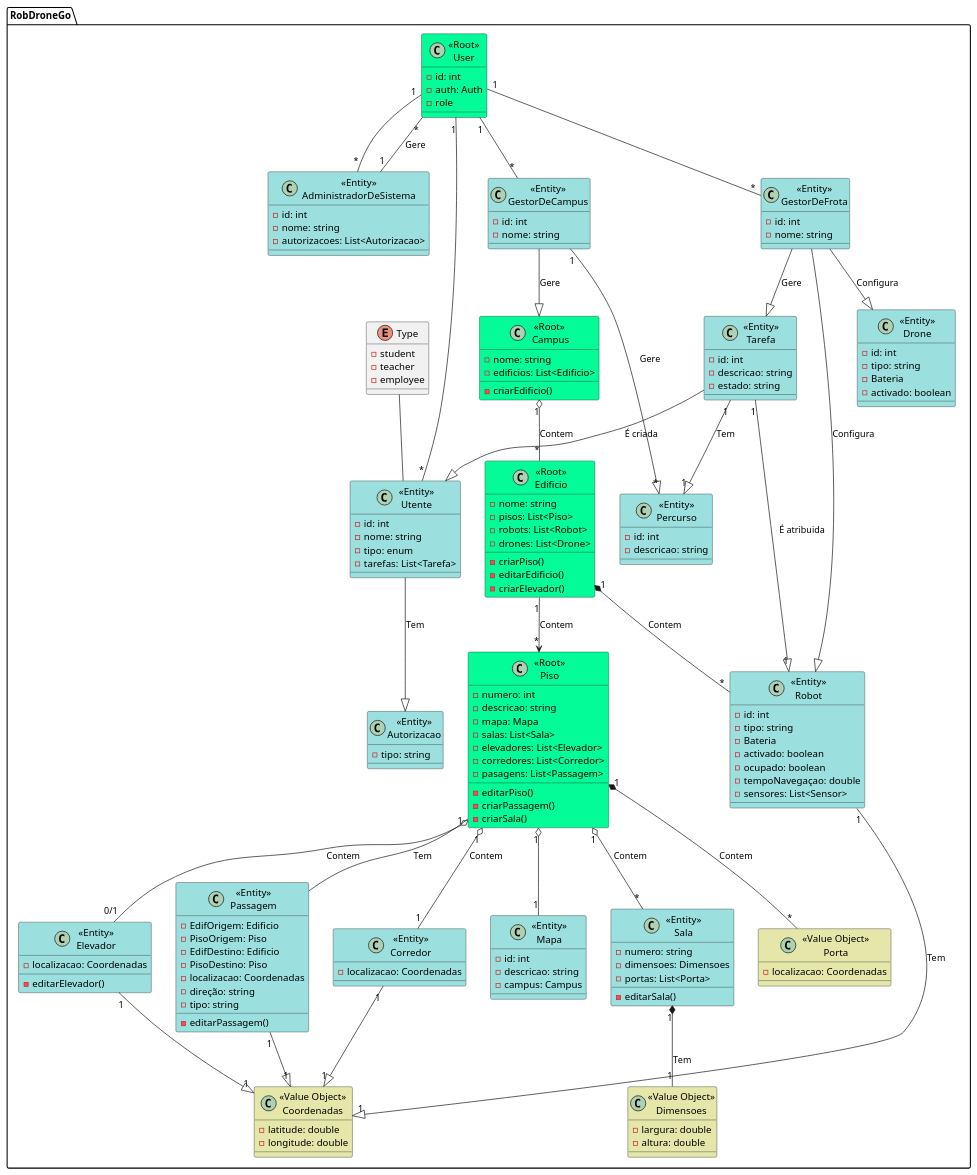
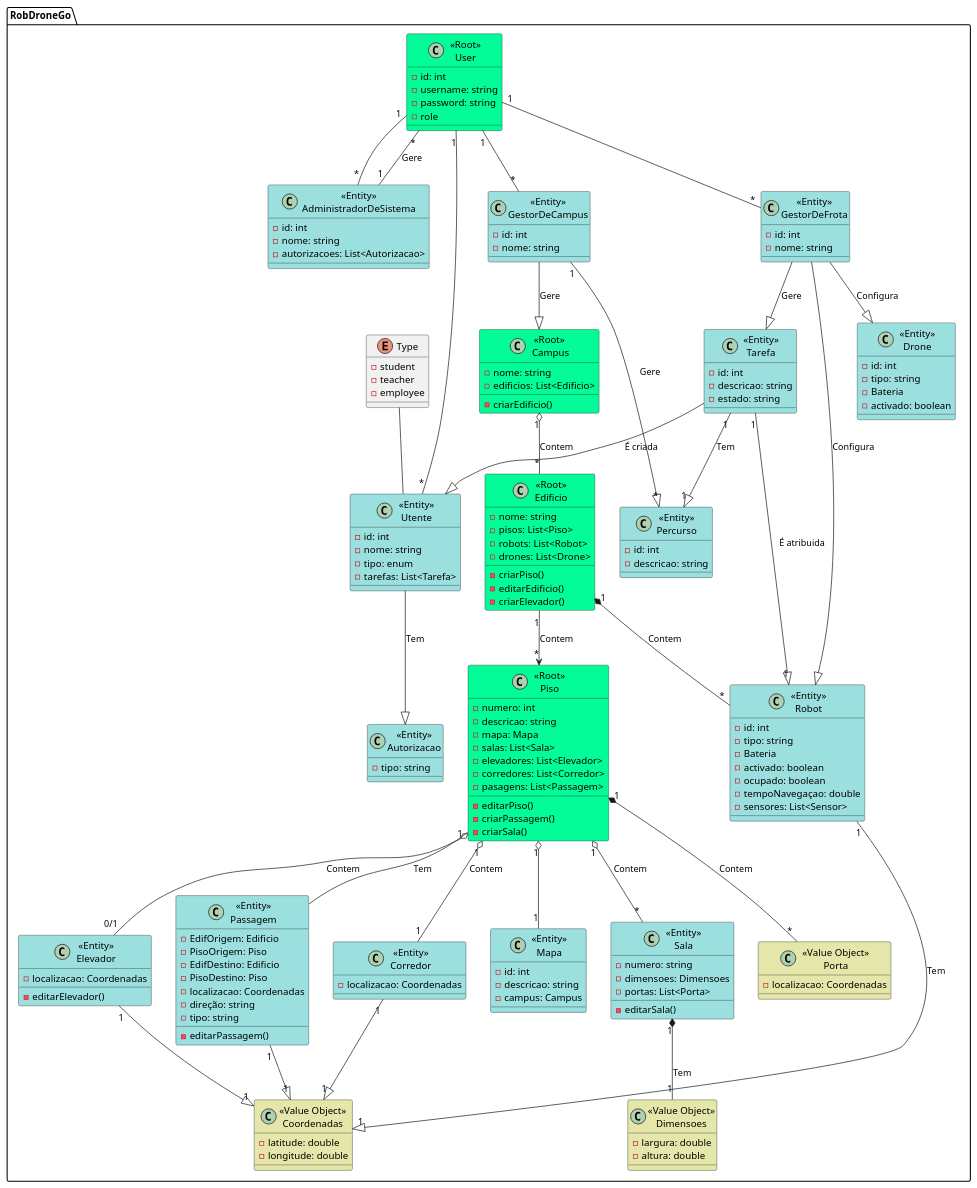
Before and after one commit to mascenso/isep-sem5-lapr5: the diagram in Wiki/Modelo Dominio/modeloDominio.puml, drawn with PlantUML.

Commit message:
[Sprint A][US760] Update ao modelo de dominio

```diff
--- a/Wiki/Modelo Dominio/modeloDominio.puml
+++ b/Wiki/Modelo Dominio/modeloDominio.puml
@@ -1,181 +1,182 @@
 @startuml RobDroneGo
 
 
 package "RobDroneGo" {
   class "<<Root>> \nCampus" as Campus #03fc98{
     - nome: string
     - edificios: List<Edificio>
     - criarEdificio()
   }
 
   class "<<Root>>\nEdificio" as Edificio #03fc98{
     - nome: string
     - pisos: List<Piso>
     - robots: List<Robot>
     - drones: List<Drone>
     - criarPiso()
     - editarEdificio()
     - criarElevador()
   }
 
   class "<<Root>>\nPiso" as Piso #03fc98{
     - numero: int
     - descricao: string
     - mapa: Mapa
     - salas: List<Sala>
     - elevadores: List<Elevador>
     - corredores: List<Corredor>
     - pasagens: List<Passagem>
     - editarPiso()
     - criarPassagem()
     - criarSala()
   }
 
   class "<<Entity>>\nSala" as Sala #9be0de{
     - numero: string
     - dimensoes: Dimensoes
     - portas: List<Porta>
     - editarSala()
   }
 
   class "<<Entity>>\nElevador" as Elevador #9be0de{
     - localizacao: Coordenadas
     - editarElevador()
   }
 
   class "<<Entity>>\nCorredor" as Corredor #9be0de{
     - localizacao: Coordenadas
   }
 
   class "<<Entity>>\nRobot" as Robot #9be0de{
     - id: int
     - tipo: string
     - Bateria
     - activado: boolean
     - ocupado: boolean
     - tempoNavegaçao: double
     - sensores: List<Sensor>
   }
 
   class "<<Entity>>\nDrone" as Drone #9be0de{
     - id: int
     - tipo: string
     - Bateria
     - activado: boolean
   }
 
   class "<<Entity>>\nUtente" as Utente #9be0de{
     - id: int
     - nome: string
     - tipo: enum
     - tarefas: List<Tarefa>
   }
 
   enum Type{
   - student
   - teacher
   - employee
   }
 
   class "<<Entity>>\nAdministradorDeSistema" as AdministradorDeSistema #9be0de{
     - id: int
     - nome: string
     - autorizacoes: List<Autorizacao>
   }
 
   class "<<Entity>>\nGestorDeFrota" as GestorDeFrota #9be0de{
     - id: int
     - nome: string
   }
 
   class "<<Entity>>\nGestorDeCampus" as GestorDeCampus #9be0de{
     - id: int
     - nome: string
   }
 
   class "<<Entity>>\nTarefa" as Tarefa #9be0de{
     - id: int
     - descricao: string
     - estado: string
   }
 
   class "<<Entity>>\nPercurso" as Percurso #9be0de{
     - id: int
     - descricao: string
   }
 
   class "<<Entity>>\nMapa" as Mapa #9be0de{
     - id: int
     - descricao: string
     - campus: Campus
   }
 
   class "<<Entity>>\nAutorizacao" as Autorizacao #9be0de{
     - tipo: string
   }
 
   class "<<Entity>>\nPassagem" as Passagem #9be0de{
     - EdifOrigem: Edificio
     - PisoOrigem: Piso
     - EdifDestino: Edificio
     - PisoDestino: Piso
     - localizacao: Coordenadas
     - direção: string
     - tipo: string
     - editarPassagem()
   }
 
   class "<<Root>>\nUser" as User #03fc98{
     - id: int
-    - auth: Auth
+    - username: string
+    - password: string
     - role
   }
 
   class "<<Value Object>>\nCoordenadas" as Coordenadas #e4e6aa{
     - latitude: double
     - longitude: double
   }
 
   class "<<Value Object>>\nDimensoes" as Dimensoes #e4e6aa{
     - largura: double
     - altura: double
   }
 
   class "<<Value Object>>\nPorta" as Porta #e4e6aa{
     - localizacao: Coordenadas
   }
 
 
 
   Campus "1" o-- "*" Edificio : Contem
   Edificio "1" --> "*" Piso : Contem
   Piso "1" o-- "*" Sala : Contem
   Piso "1" o-- "0/1" Elevador : Contem
   Piso "1" o-- "1" Corredor : Contem
   Piso "1" *-- "*" Porta : Contem
   Edificio "1" *-- "*" Robot : Contem
   Utente --|> Autorizacao : Tem
   GestorDeFrota --|> Robot : Configura
   GestorDeFrota --|> Drone : Configura
   GestorDeFrota --|> Tarefa : Gere
   GestorDeCampus --|> Campus :Gere
   GestorDeCampus "1" --|> "*"Percurso: Gere
   Tarefa --|> Utente : É criada
   Tarefa "1"--|> "1"Robot : É atribuida
   Tarefa "1"--|> "1"Percurso : Tem
   Robot "1" --|> "1" Coordenadas : Tem
   Sala "1" *-- "1"Dimensoes : Tem
   Piso -- Passagem : Tem
   Type -- Utente
   User "1"-- "*" Utente
   User "1"-- "*" GestorDeFrota
   User "1"-- "*" GestorDeCampus
   User "1"-- "*" AdministradorDeSistema
   AdministradorDeSistema "1"-- "*" User : Gere
   Piso "1" o-- "1" Mapa
   Passagem "1"--|> "1"Coordenadas
   Elevador "1"--|> "1"Coordenadas
   Corredor "1"--|> "1"Coordenadas
 }
 
 @enduml
```
